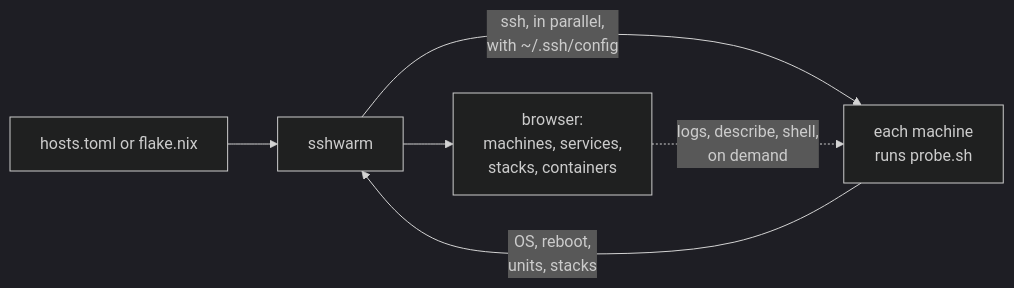
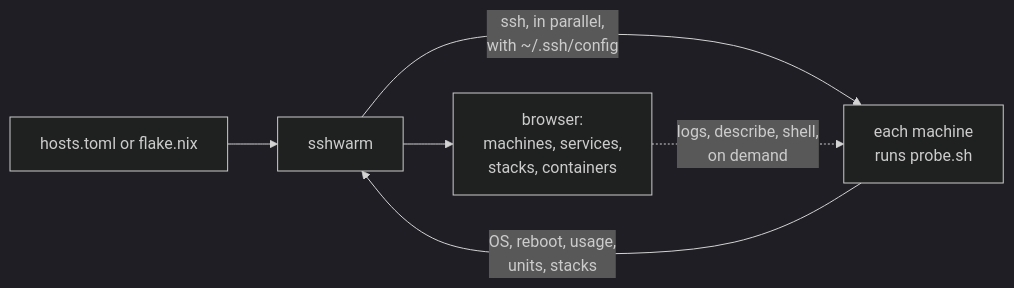
The diagram in README.md (cmdoret/sshwarm), drawn with Mermaid (dark theme) before and after one commit. The commit also changed other lines of this file and 14 other files, not shown here.

````diff
--- a/README.md
+++ b/README.md
@@ -75,8 +75,8 @@
 ```mermaid
 flowchart LR
     src["hosts.toml or flake.nix"] --> sw[sshwarm]
     sw -- "ssh, in parallel,<br>with ~/.ssh/config" --> m["each machine<br>runs probe.sh"]
-    m -- "OS, reboot,<br>units, stacks" --> sw
+    m -- "OS, reboot, usage,<br>units, stacks" --> sw
     sw --> ui["browser:<br>machines, services,<br>stacks, containers"]
     ui -. "logs, describe, shell,<br>on demand" .-> m
 ```
````
